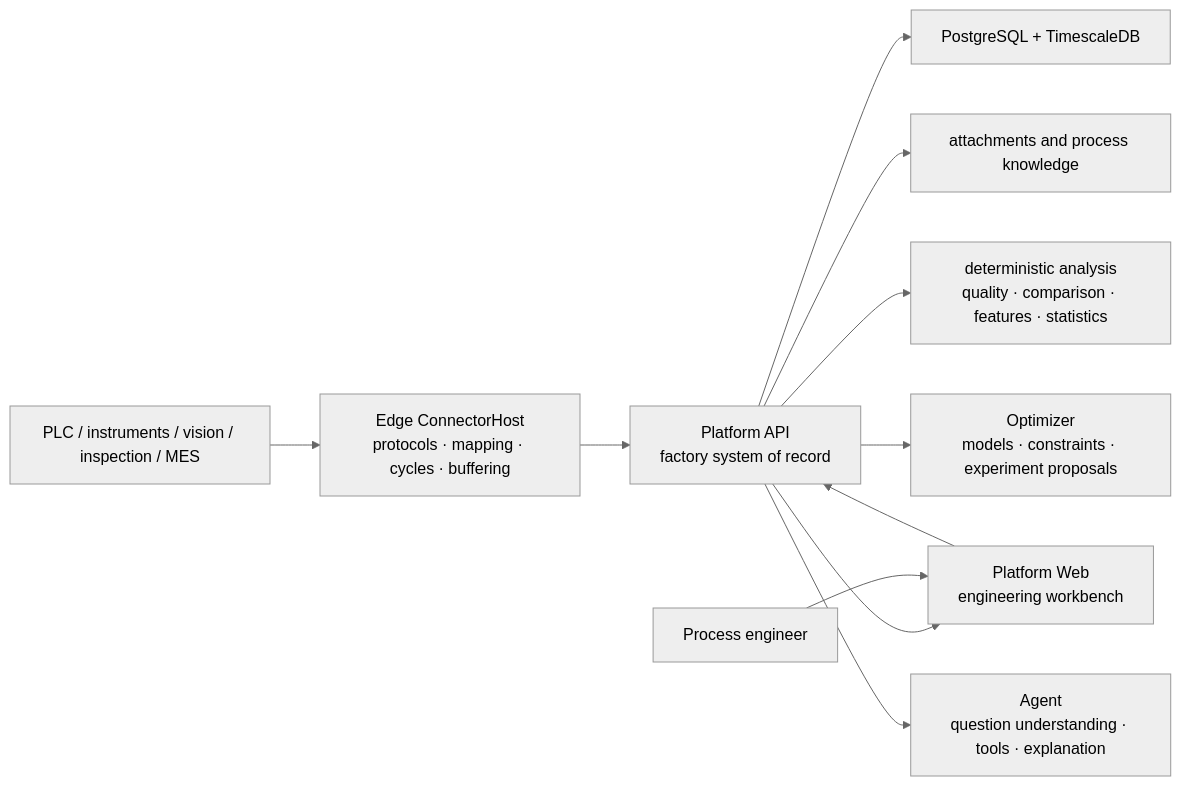
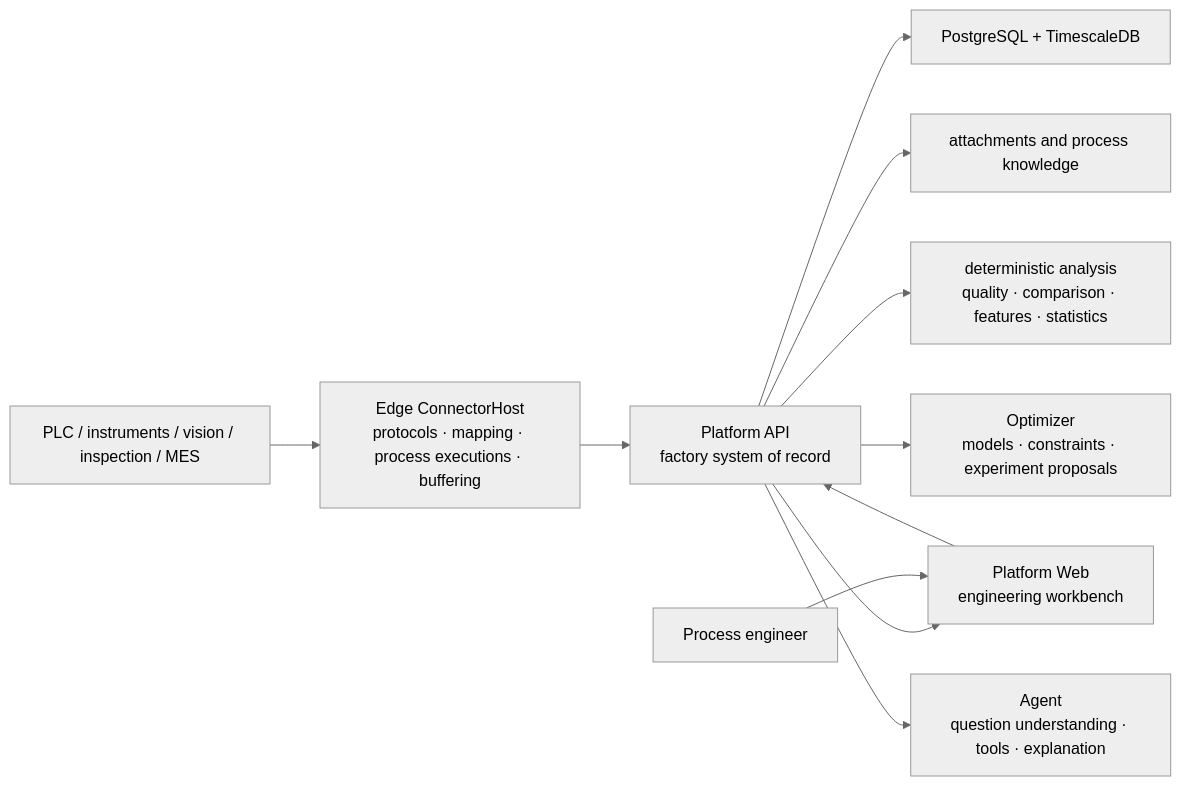
The diagram in docs/design.en.md (liuweichaox/Ingot), drawn with Mermaid (neutral theme) before and after one commit. The commit also changed other lines of this file and 308 other files, not shown here.

````diff
--- a/docs/design.en.md
+++ b/docs/design.en.md
@@ -41,13 +41,13 @@
 ```mermaid
 flowchart LR
-    Sources["PLC / instruments / vision / inspection / MES"] --> Edge["Edge ConnectorHost\nprotocols · mapping · cycles · buffering"]
+    Sources["PLC / instruments / vision / inspection / MES"] --> Edge["Edge ConnectorHost\nprotocols · mapping · process executions · buffering"]
     Edge --> Platform["Platform API\nfactory system of record"]
     Platform --> DB["PostgreSQL + TimescaleDB"]
     Platform --> Files["attachments and process knowledge"]
     Platform --> Web["Platform Web\nengineering workbench"]
     Platform --> Analysis["deterministic analysis\nquality · comparison · features · statistics"]
     Platform --> Optimizer["Optimizer\nmodels · constraints · experiment proposals"]
     Platform --> Agent["Agent\nquestion understanding · tools · explanation"]
     Engineer["Process engineer"] --> Web
     Web --> Platform
 ```
````
